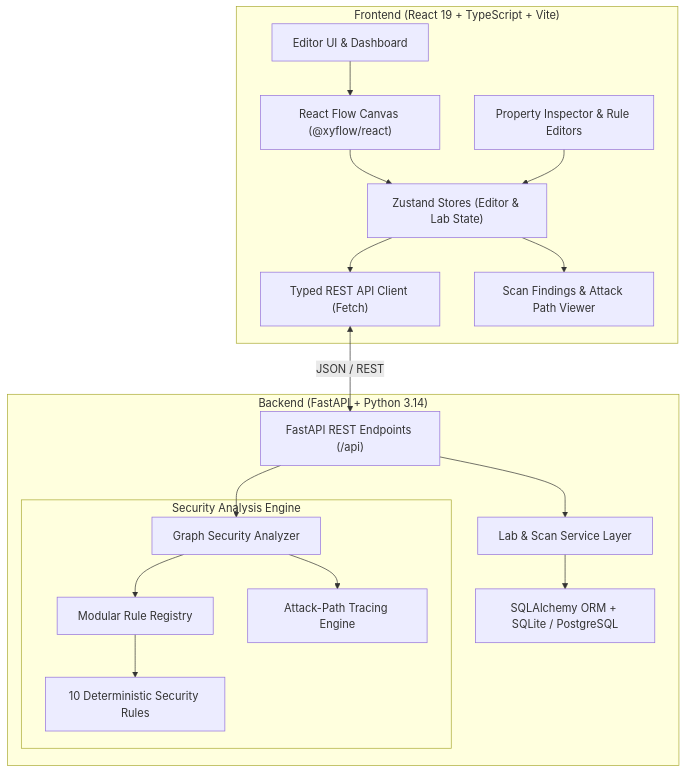
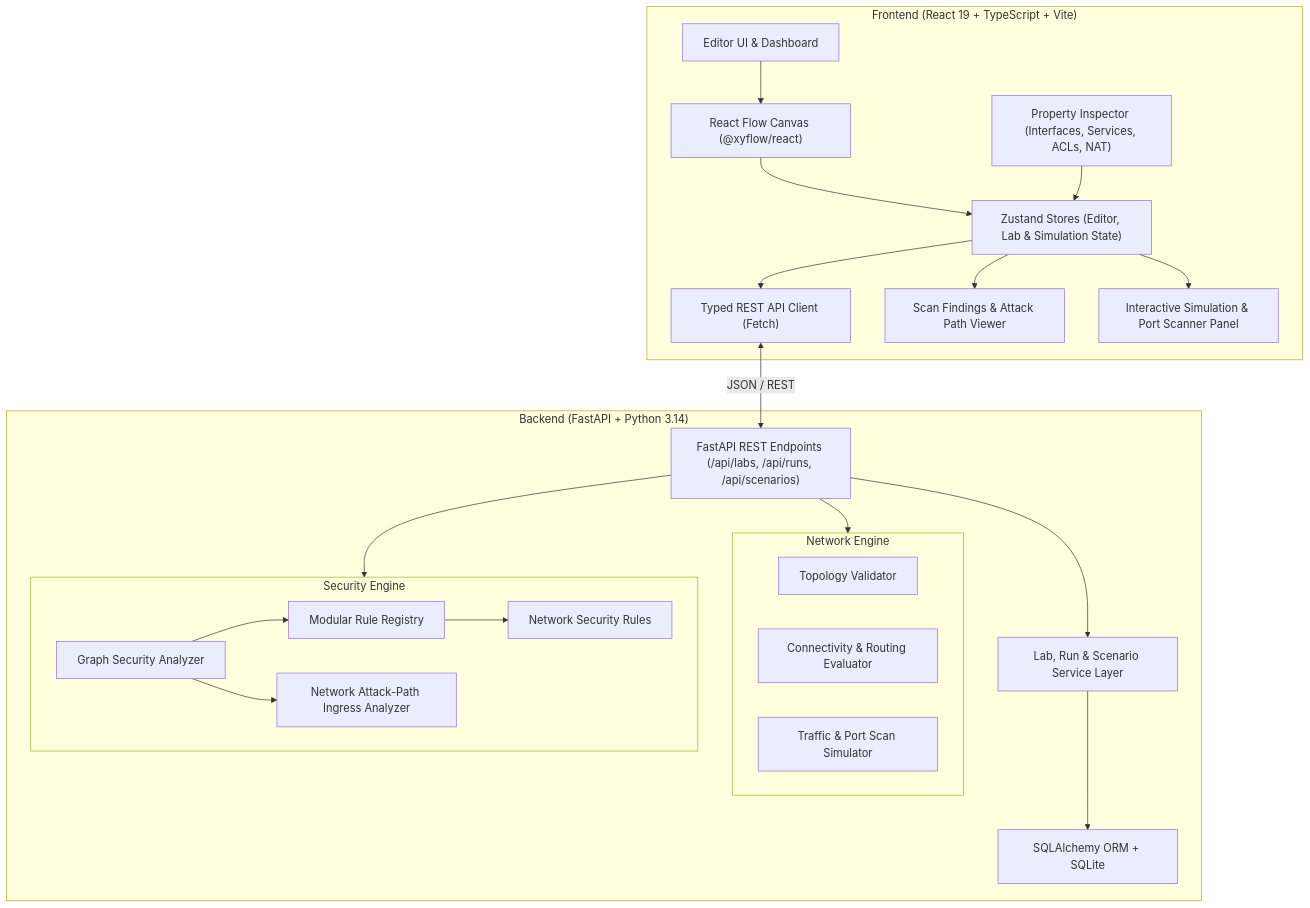
The first of 2 diagrams in docs/architecture.md (cooler-ctrl/Red-Lab), drawn with Mermaid before and after one commit. The commit also changed other lines of this file and 61 other files, not shown here.

Commit message:
feat(security): pivot RedLab to dedicated network attack and defense simulation platform

````diff
--- a/docs/architecture.md
+++ b/docs/architecture.md
@@ -17,40 +17,49 @@
 ```mermaid
 graph TD
     subgraph Browser ["Frontend (React 19 + TypeScript + Vite)"]
         UI["Editor UI & Dashboard"]
         Canvas["React Flow Canvas (@xyflow/react)"]
-        Store["Zustand Stores (Editor & Lab State)"]
+        Store["Zustand Stores (Editor, Lab & Simulation State)"]
         ApiClient["Typed REST API Client (Fetch)"]
-        Inspector["Property Inspector & Rule Editors"]
+        Inspector["Property Inspector (Interfaces, Services, ACLs, NAT)"]
         FindingsView["Scan Findings & Attack Path Viewer"]
+        SimPanel["Interactive Simulation & Port Scanner Panel"]
         
         UI --> Canvas
         Canvas --> Store
         Inspector --> Store
         Store --> ApiClient
         Store --> FindingsView
+        Store --> SimPanel
     end
 
     subgraph Backend ["Backend (FastAPI + Python 3.14)"]
-        Router["FastAPI REST Endpoints (/api)"]
-        ServiceLayer["Lab & Scan Service Layer"]
-        ORM["SQLAlchemy ORM + SQLite / PostgreSQL"]
+        Router["FastAPI REST Endpoints (/api/labs, /api/runs, /api/scenarios)"]
+        ServiceLayer["Lab, Run & Scenario Service Layer"]
+        ORM["SQLAlchemy ORM + SQLite"]
         
-        subgraph Engine ["Security Analysis Engine"]
+        subgraph NetEngine ["Network Engine"]
+            TopologyValidator["Topology Validator"]
+            ConnectivityEval["Connectivity & Routing Evaluator"]
+            Simulator["Traffic & Port Scan Simulator"]
+        end
+
+        subgraph SecEngine ["Security Engine"]
             Registry["Modular Rule Registry"]
-            Rules["10 Deterministic Security Rules"]
+            Rules["Network Security Rules"]
             Analyzer["Graph Security Analyzer"]
-            AttackEngine["Attack-Path Tracing Engine"]
+            AttackEngine["Network Attack-Path Ingress Analyzer"]
             
             Registry --> Rules
             Analyzer --> Registry
             Analyzer --> AttackEngine
         end
         
         Router --> ServiceLayer
         ServiceLayer --> ORM
-        Router --> Analyzer
+        Router --> NetEngine
+        Router --> SecEngine
     end
 
     ApiClient <-->|JSON / REST| Router
 ```
````
